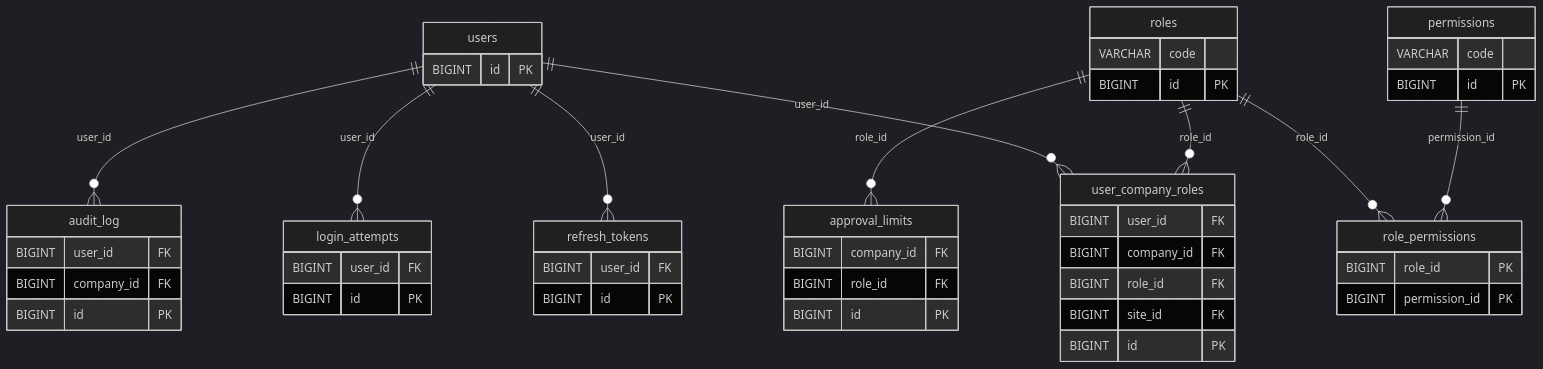
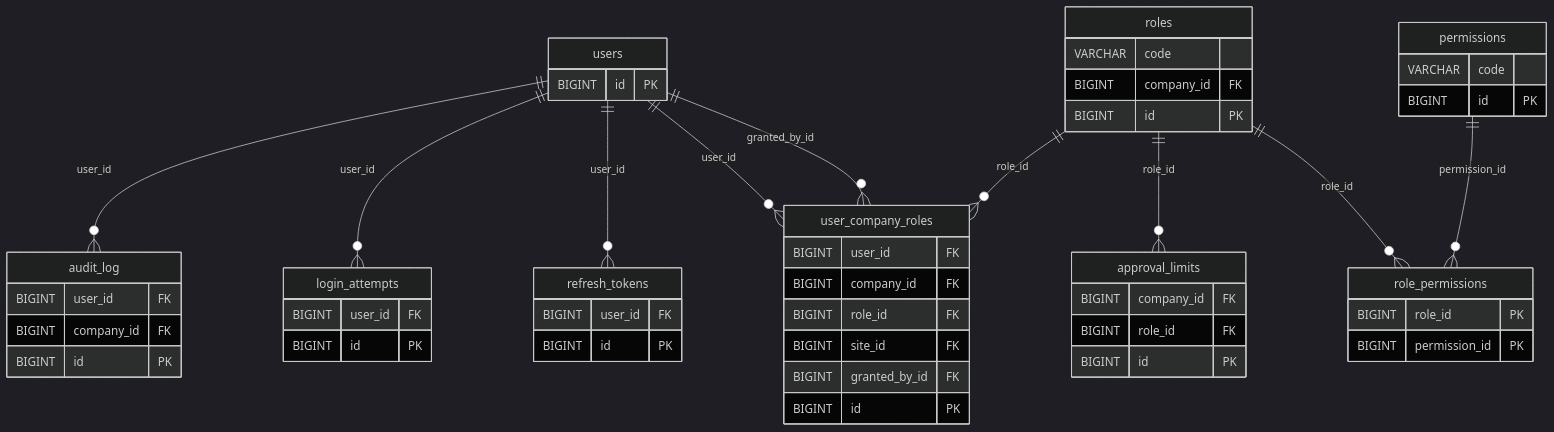
The first of 11 diagrams in docs/modelo-er.md (Datasyslatam/ERP_Comercial), drawn with Mermaid (dark theme) before and after one commit. The commit also changed other lines of this file and 24 other files, not shown here.

````diff
--- a/docs/modelo-er.md
+++ b/docs/modelo-er.md
@@ -7,51 +7,54 @@
 ```mermaid
 erDiagram
     users {
         BIGINT id PK
     }
     roles {
         VARCHAR code
+        BIGINT company_id FK
         BIGINT id PK
     }
     permissions {
         VARCHAR code
         BIGINT id PK
     }
     role_permissions {
         BIGINT role_id PK
         BIGINT permission_id PK
     }
     user_company_roles {
         BIGINT user_id FK
         BIGINT company_id FK
         BIGINT role_id FK
         BIGINT site_id FK
+        BIGINT granted_by_id FK
         BIGINT id PK
     }
     refresh_tokens {
         BIGINT user_id FK
         BIGINT id PK
     }
     login_attempts {
         BIGINT user_id FK
         BIGINT id PK
     }
     audit_log {
         BIGINT user_id FK
         BIGINT company_id FK
         BIGINT id PK
     }
     approval_limits {
         BIGINT company_id FK
         BIGINT role_id FK
         BIGINT id PK
     }
     permissions ||--o{ role_permissions : "permission_id"
     roles ||--o{ approval_limits : "role_id"
     roles ||--o{ role_permissions : "role_id"
     roles ||--o{ user_company_roles : "role_id"
     users ||--o{ audit_log : "user_id"
     users ||--o{ login_attempts : "user_id"
     users ||--o{ refresh_tokens : "user_id"
+    users ||--o{ user_company_roles : "granted_by_id"
     users ||--o{ user_company_roles : "user_id"
 ```
````
